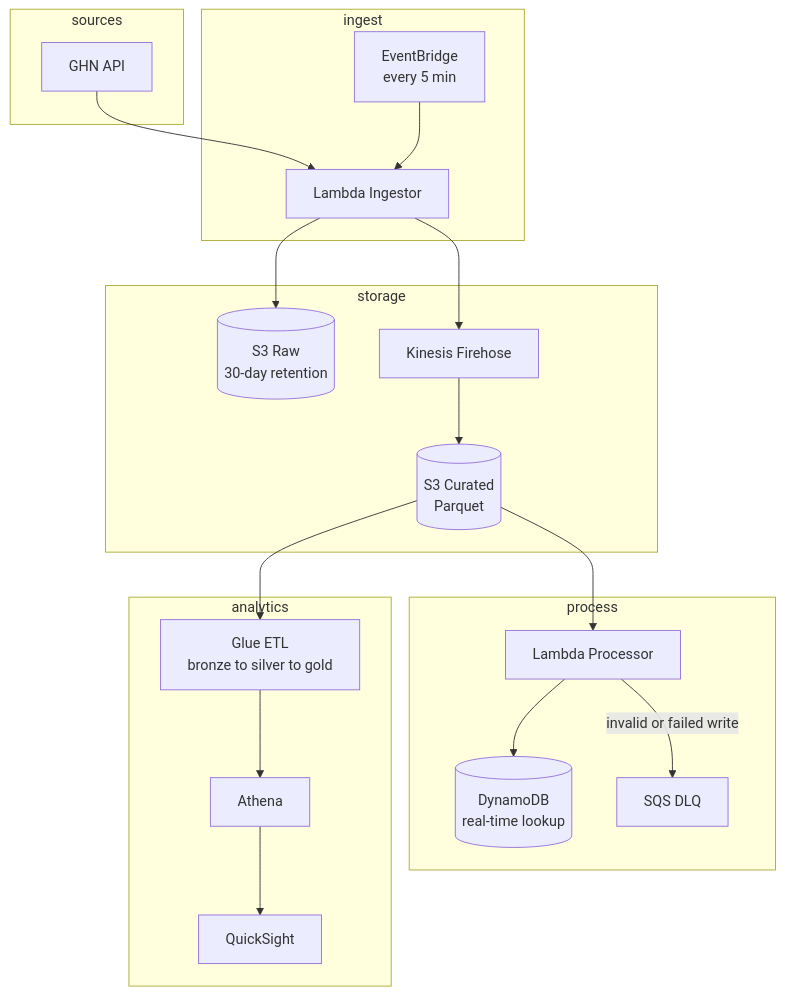
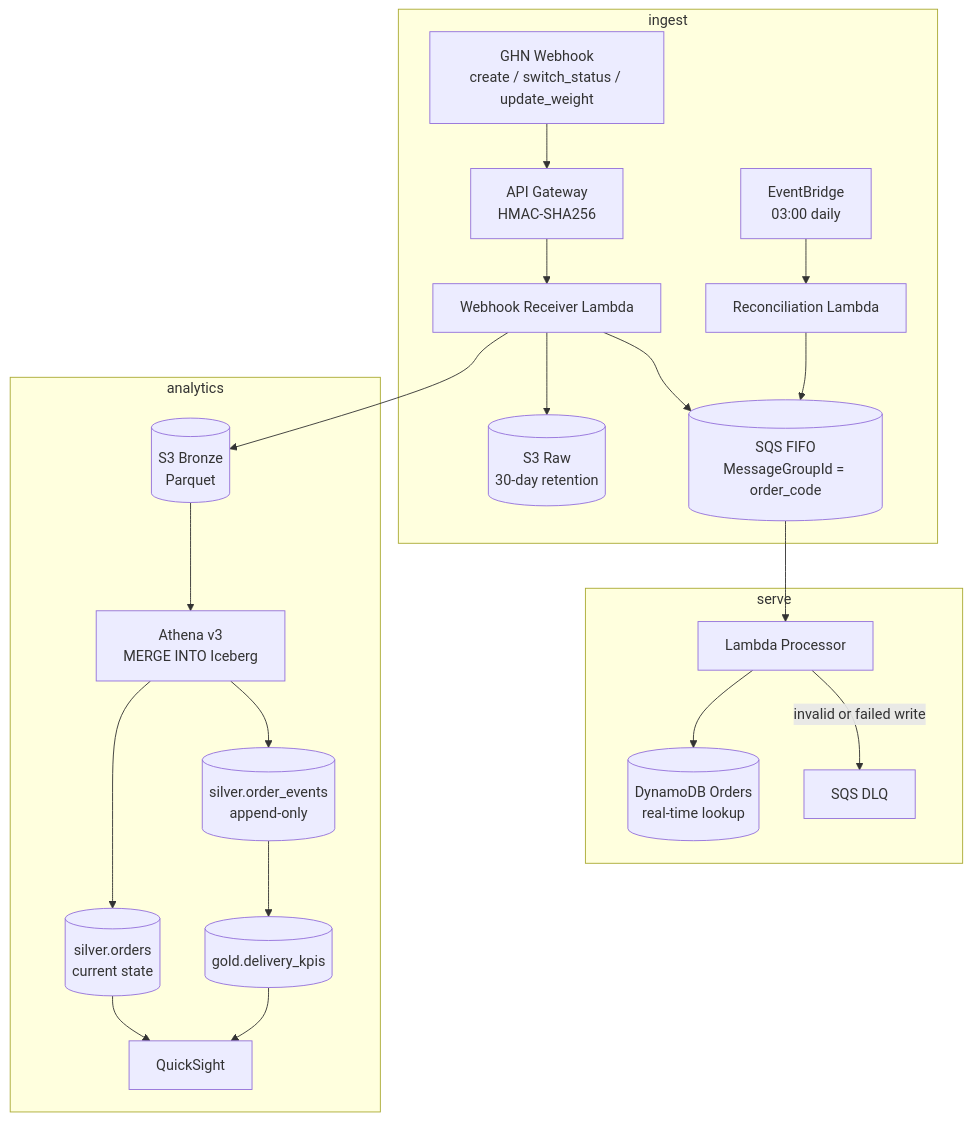
Before and after one commit to nguyendinhtanloc-Org/aws-workshop: the diagram in docs/architecture.md, drawn with Mermaid. The commit also changed other lines of this file and 2 other files, not shown here.

Commit message:
docs: align architecture diagrams with webhook-first and iceberg v5.0

````diff
--- a/docs/architecture.md
+++ b/docs/architecture.md
@@ -5,41 +9,42 @@
 ```mermaid
 flowchart TD
-  subgraph sources
-    API[GHN API]
+  subgraph ingest
+    WH[GHN Webhook<br/>create / switch_status / update_weight]
+    APIGW[API Gateway<br/>HMAC-SHA256]
+    RECEIVER[Webhook Receiver Lambda]
+    RAW[(S3 Raw<br/>30-day retention)]
+    FIFO[("SQS FIFO<br/>MessageGroupId = order_code")]
+    CRON[EventBridge<br/>03:00 daily]
+    RECON[Reconciliation Lambda]
   end
 
-  subgraph ingest
-    EB[EventBridge<br/>every 5 min]
-    ING[Lambda Ingestor]
-  end
-
-  subgraph storage
-    RAW[(S3 Raw<br/>30-day retention)]
-    FH[Kinesis Firehose]
-    CUR[(S3 Curated<br/>Parquet)]
-  end
-
-  subgraph process
+  subgraph serve
     PROC[Lambda Processor]
-    DDB[(DynamoDB<br/>real-time lookup)]
+    DDB[(DynamoDB Orders<br/>real-time lookup)]
     DLQ[SQS DLQ]
   end
 
   subgraph analytics
-    GLUE[Glue ETL<br/>bronze to silver to gold]
-    ATH[Athena]
+    BRONZE[(S3 Bronze<br/>Parquet)]
+    MERGE[Athena v3<br/>MERGE INTO Iceberg]
+    EVENTS[(silver.order_events<br/>append-only)]
+    ORDERS[(silver.orders<br/>current state)]
+    GOLD[(gold.delivery_kpis)]
     QS[QuickSight]
   end
 
-  API --> ING
-  EB --> ING
-  ING --> RAW
-  ING --> FH
-  FH --> CUR
-  CUR --> PROC
+  WH --> APIGW --> RECEIVER
+  RECEIVER --> RAW
+  RECEIVER --> FIFO
+  RECEIVER --> BRONZE
+  FIFO --> PROC
   PROC --> DDB
   PROC -->|invalid or failed write| DLQ
-  CUR --> GLUE
-  GLUE --> ATH
-  ATH --> QS
+  CRON --> RECON --> FIFO
+  BRONZE --> MERGE
+  MERGE --> EVENTS
+  MERGE --> ORDERS
+  EVENTS --> GOLD
+  ORDERS --> QS
+  GOLD --> QS
 ```
````
